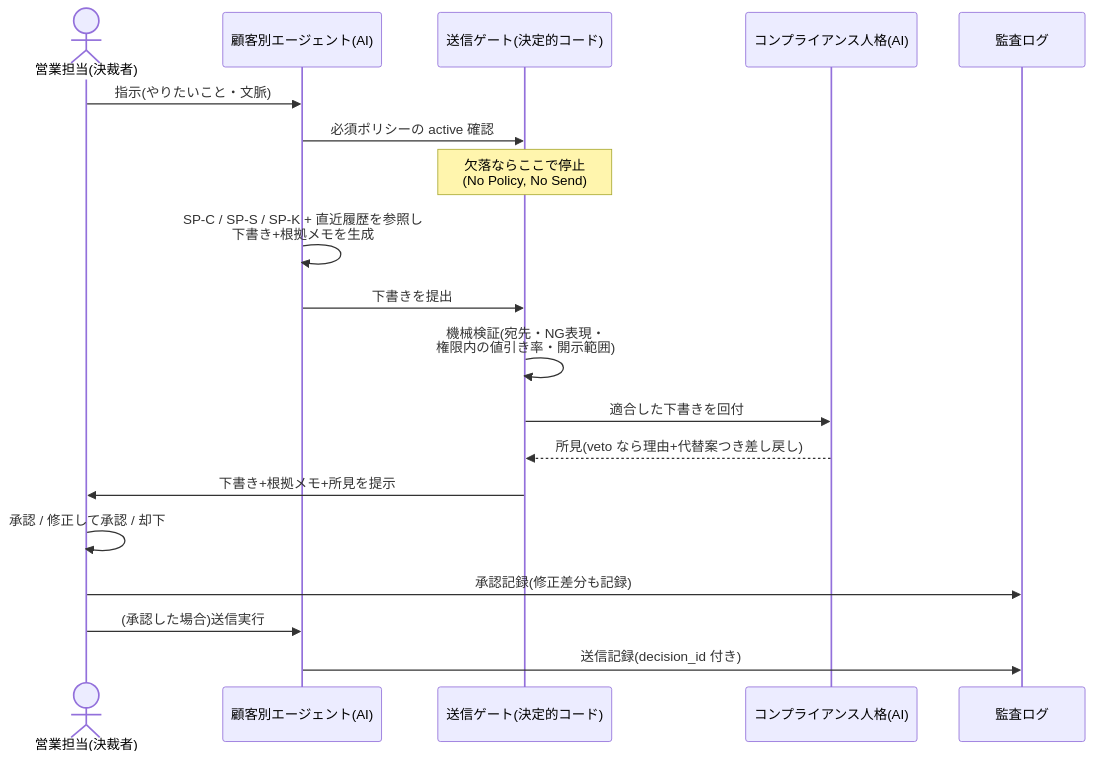
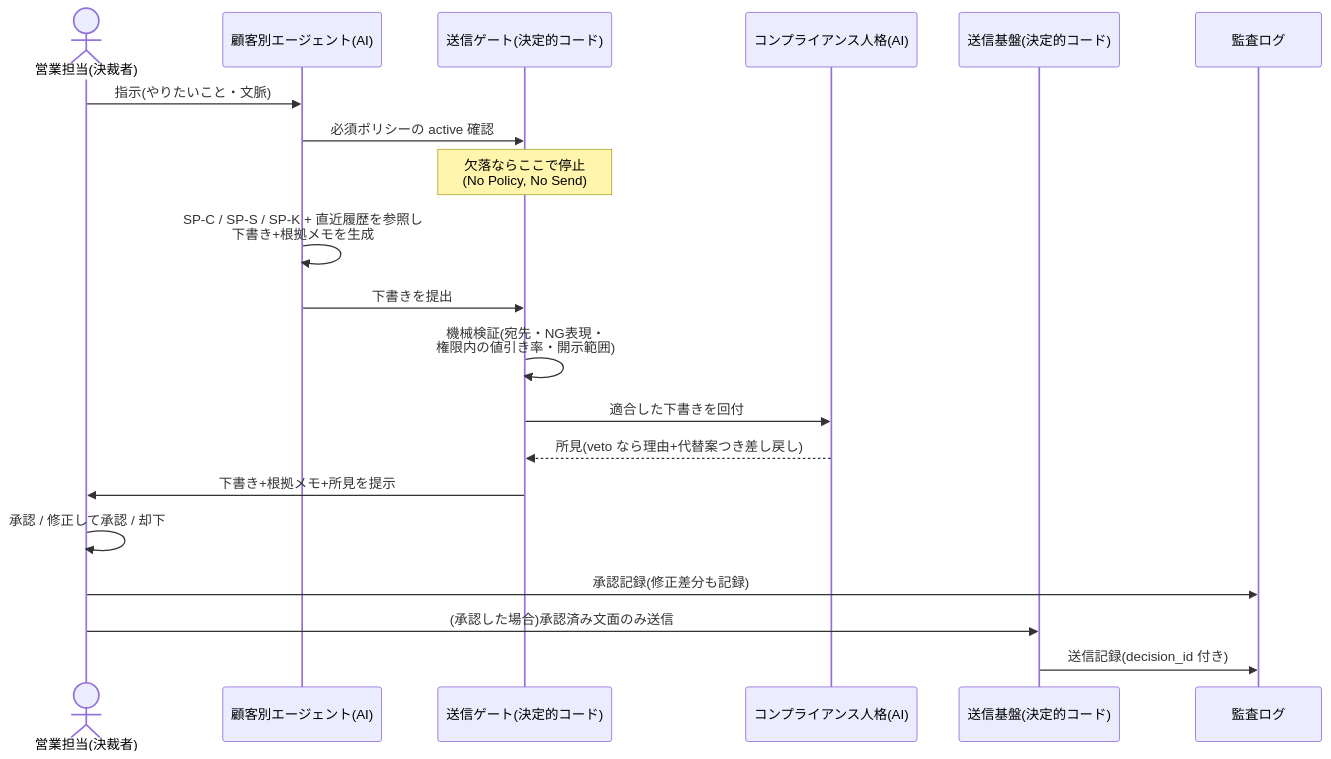
Before and after one commit to ketunekoroke/TradeCouncil: the diagram in ideas/sales-council/03_ユースケース.md, drawn with Mermaid. The commit also changed 1 other file, not shown here.

Commit message:
docs(ideas): フロー図の論理不整合を修正(UC-1 の送信実行を決定的コードへ)
mermaid 6図を実パーサ(mermaid v11)で構文検証し、レンダリングを目視確認。
内容精査で見つかった不整合を修正:

- 03_ユースケース UC-1 シーケンス図: 送信実行が AI エージェント経由になって
  いたのを「送信基盤(決定的コード)」参加者に変更。営業版不変条項②
  (LLM 非送信原則)および 01 全体像図と整合させる
- 01_構想概要 全体像図: 二層決裁の要である「営業担当 → レジストリ
  (委任範囲内で SP-K を決裁)」の矢印を補完

https://claude.ai/code/session_01Fvvdi7vrBkLJcmCWVvakQF

````diff
--- a/ideas/sales-council/03_ユースケース.md
+++ b/ideas/sales-council/03_ユースケース.md
@@ -50,22 +50,23 @@
 ```mermaid
 sequenceDiagram
     actor REP as 営業担当(決裁者)
     participant AG as 顧客別エージェント(AI)
     participant GATE as 送信ゲート(決定的コード)
     participant COMP as コンプライアンス人格(AI)
+    participant MAIL as 送信基盤(決定的コード)
     participant DB as 監査ログ
 
     REP->>AG: 指示(やりたいこと・文脈)
     AG->>GATE: 必須ポリシーの active 確認
     Note over GATE: 欠落ならここで停止<br/>(No Policy, No Send)
     AG->>AG: SP-C / SP-S / SP-K + 直近履歴を参照し<br/>下書き+根拠メモを生成
     AG->>GATE: 下書きを提出
     GATE->>GATE: 機械検証(宛先・NG表現・<br/>権限内の値引き率・開示範囲)
     GATE->>COMP: 適合した下書きを回付
     COMP-->>GATE: 所見(veto なら理由+代替案つき差し戻し)
     GATE->>REP: 下書き+根拠メモ+所見を提示
     REP->>REP: 承認 / 修正して承認 / 却下
     REP->>DB: 承認記録(修正差分も記録)
-    REP->>AG: (承認した場合)送信実行
-    AG->>DB: 送信記録(decision_id 付き)
+    REP->>MAIL: (承認した場合)承認済み文面のみ送信
+    MAIL->>DB: 送信記録(decision_id 付き)
 ```
````
